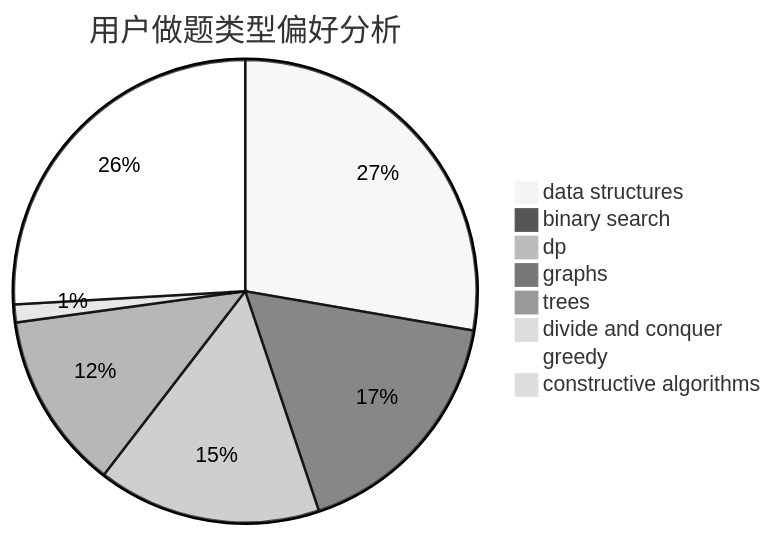
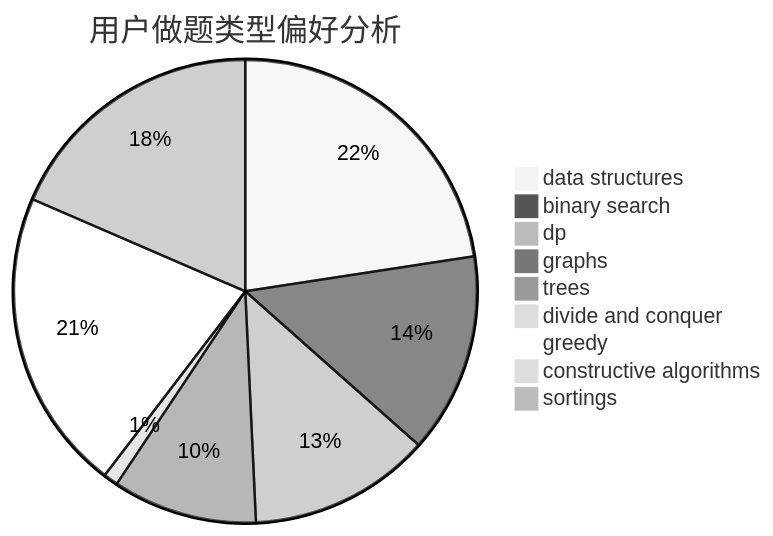
The second of 3 diagrams in docs/user/u235.md (sherpahu/cfrs.github.io), drawn with Mermaid (neutral theme) before and after one commit. The commit also changed other lines of this file and 2769 other files, not shown here.

````diff
--- a/docs/user/u235.md
+++ b/docs/user/u235.md
@@ -23,11 +18,12 @@
 ```mermaid
 pie title 用户做题类型偏好分析
     "data structures" :  199
     "binary search" :  123
     "dp" :  112
     "graphs" :  3
     "trees" :  89
     "divide and conquer" :  9
     "greedy" :  186
     "constructive algorithms" :  3
+    "sortings" :  163
 ```
````
